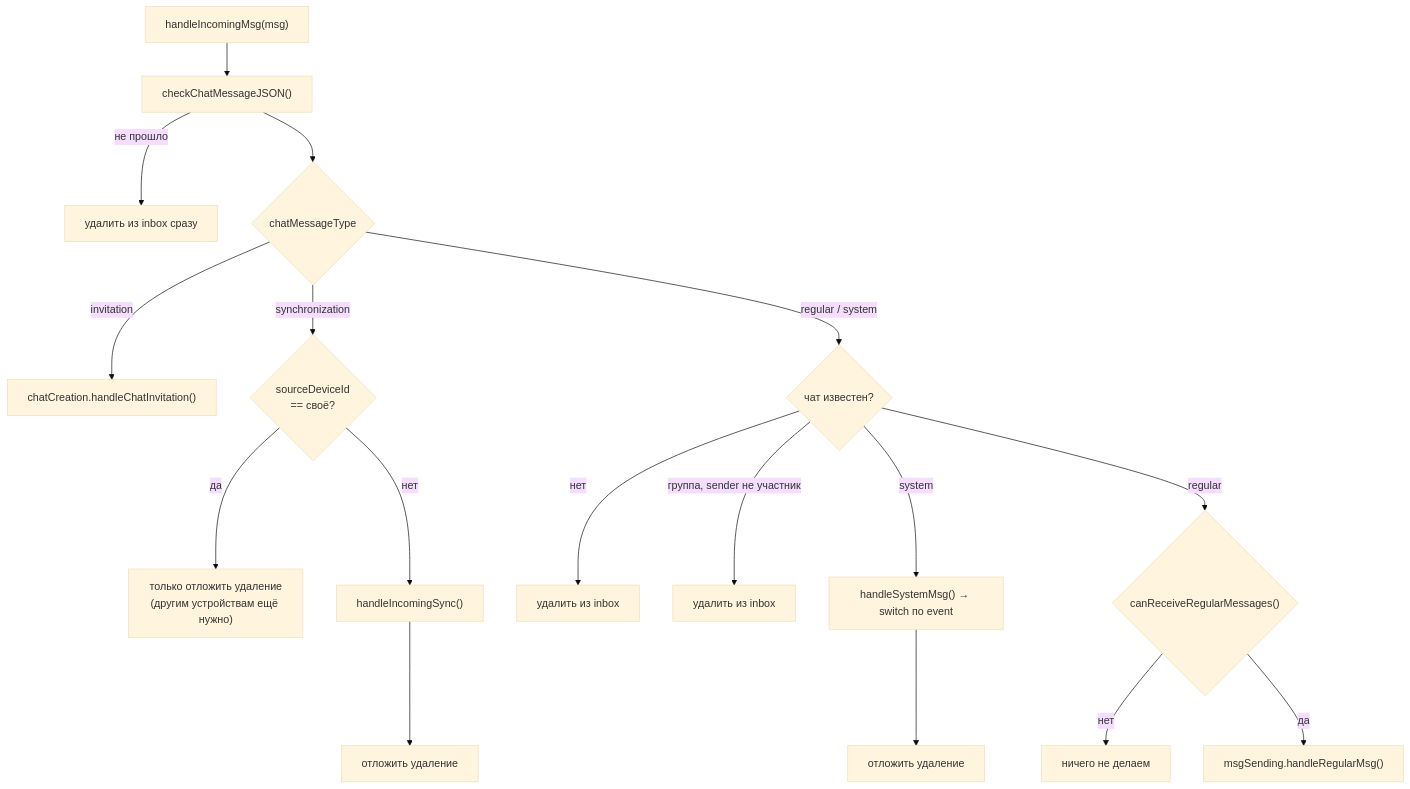
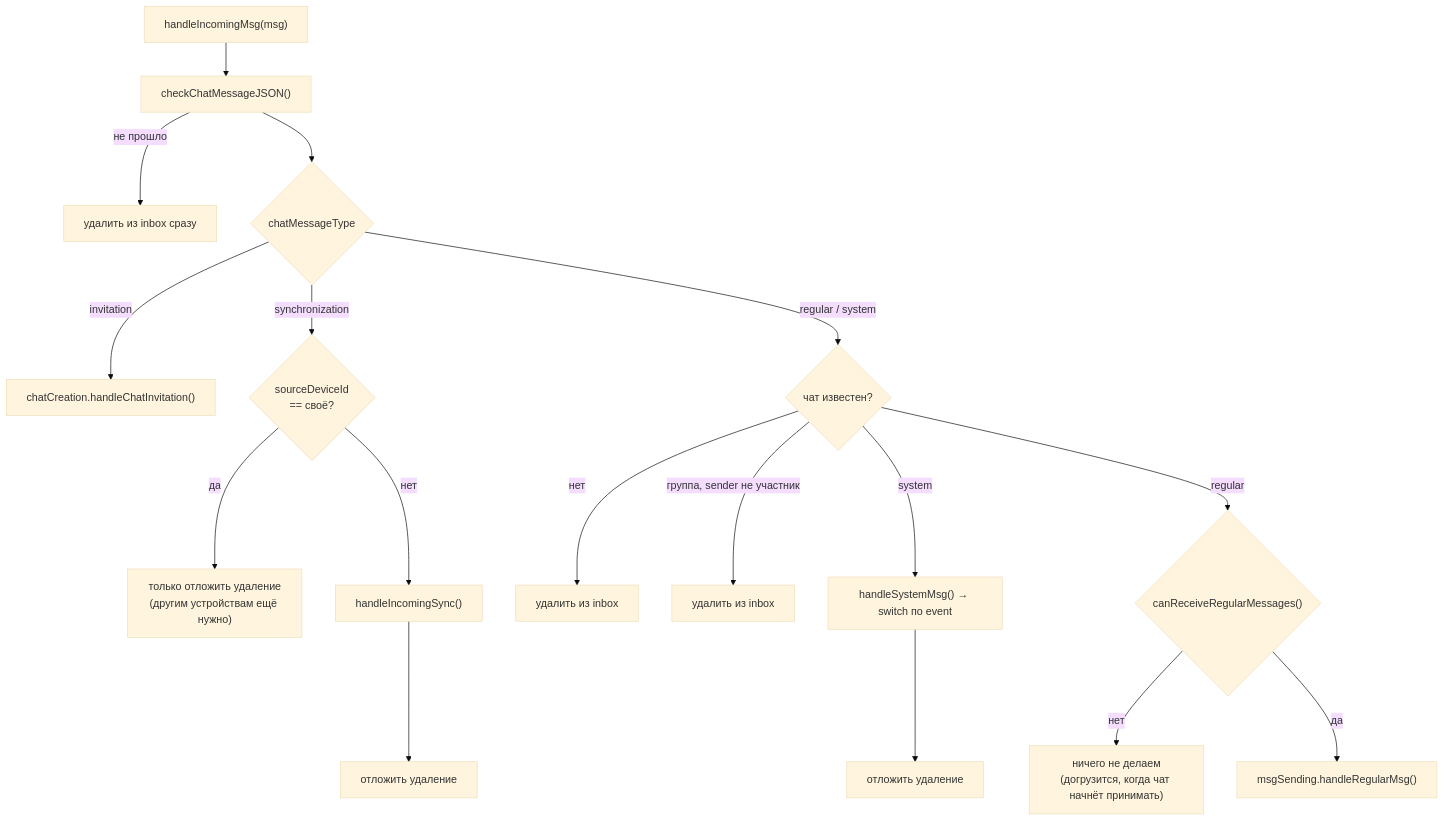
One commit to PrivacySafe/chat.app.privacysafe.io changed the second of 6 diagrams in doc/03-message-flows.md. Above: the diagram before and after it, drawn with Mermaid (base theme). The commit also changed other lines of this file and 17 other files, not shown here.

````diff
--- a/doc/03-message-flows.md
+++ b/doc/03-message-flows.md
@@ -161,17 +161,17 @@
 ```mermaid
 flowchart TB
   In["handleIncomingMsg(msg)"] --> Check["checkChatMessageJSON()"]
   Check -->|"не прошло"| Rm1["удалить из inbox сразу"]
   Check --> T{"chatMessageType"}
   T -->|invitation| Inv["chatCreation.handleChatInvitation()"]
   T -->|synchronization| Sync{"sourceDeviceId<br/>== своё?"}
   Sync -->|да| Defer1["только отложить удаление<br/>(другим устройствам ещё нужно)"]
   Sync -->|нет| HS["handleIncomingSync()"] --> Defer2["отложить удаление"]
   T -->|"regular / system"| Chat{"чат известен?"}
   Chat -->|нет| Rm2["удалить из inbox"]
   Chat -->|"группа, sender не участник"| Rm3["удалить из inbox"]
   Chat -->|system| Sys["handleSystemMsg() → switch по event"] --> Defer3["отложить удаление"]
   Chat -->|regular| Can{"canReceiveRegularMessages()"}
-  Can -->|нет| Skip["ничего не делаем"]
+  Can -->|нет| Skip["ничего не делаем<br/>(догрузится, когда чат начнёт принимать)"]
   Can -->|да| Reg["msgSending.handleRegularMsg()"]
 ```
````
